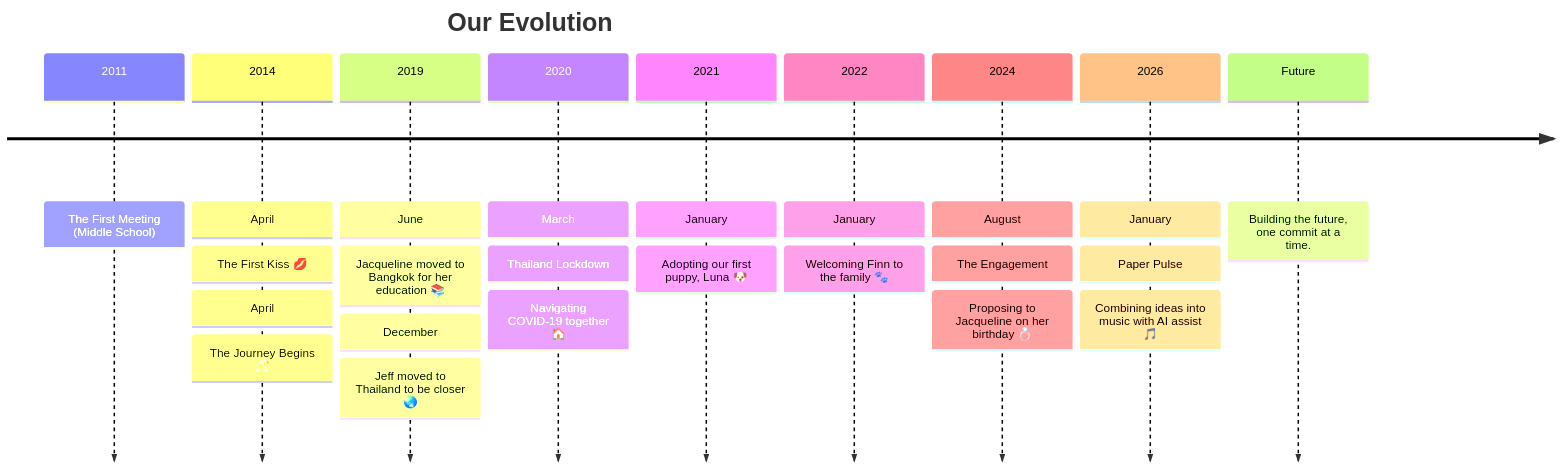
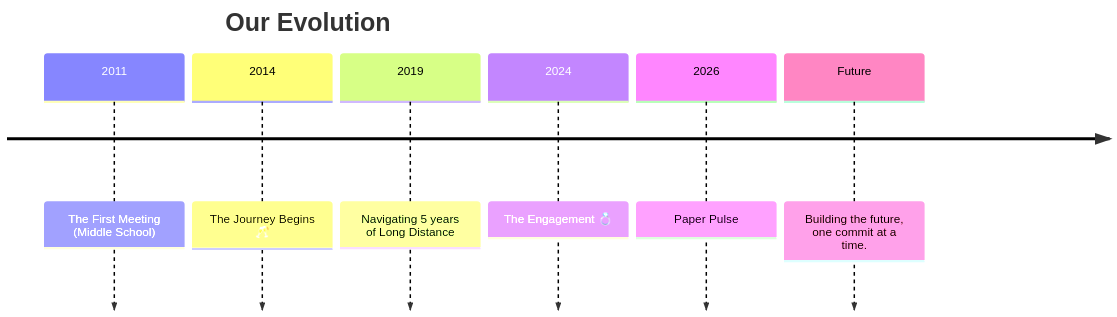
One commit to ScarletFoundry/love-journey changed the diagram in README.md. Above: the diagram before and after it, drawn with Mermaid. The commit also changed other lines of this file, not shown here.

Commit message:
chore: automated journey update [skip ci]

````diff
--- a/README.md
+++ b/README.md
@@ -10,13 +10,10 @@
 ```mermaid
 timeline
     title Our Evolution
     2011 : The First Meeting (Middle School)
-    2014 : April: The First Kiss 💋 : April: The Journey Begins 🥂
-    2019 : June: Jacqueline moved to Bangkok for her education 📚 : December: Jeff moved to Thailand to be closer 🌏
-    2020 : March: Thailand Lockdown: Navigating COVID-19 together 🏠
-    2021 : January: Adopting our first puppy, Luna 🐶
-    2022 : January: Welcoming Finn to the family 🐾
-    2024 : August: The Engagement: Proposing to Jacqueline on her birthday 💍
-    2026 : January: Paper Pulse: Combining ideas into music with AI assist 🎵
+    2014 : The Journey Begins 🥂
+    2019 : Navigating 5 years of Long Distance
+    2024 : The Engagement 💍
+    2026 : Paper Pulse
     Future : Building the future, one commit at a time.
 ```
````
